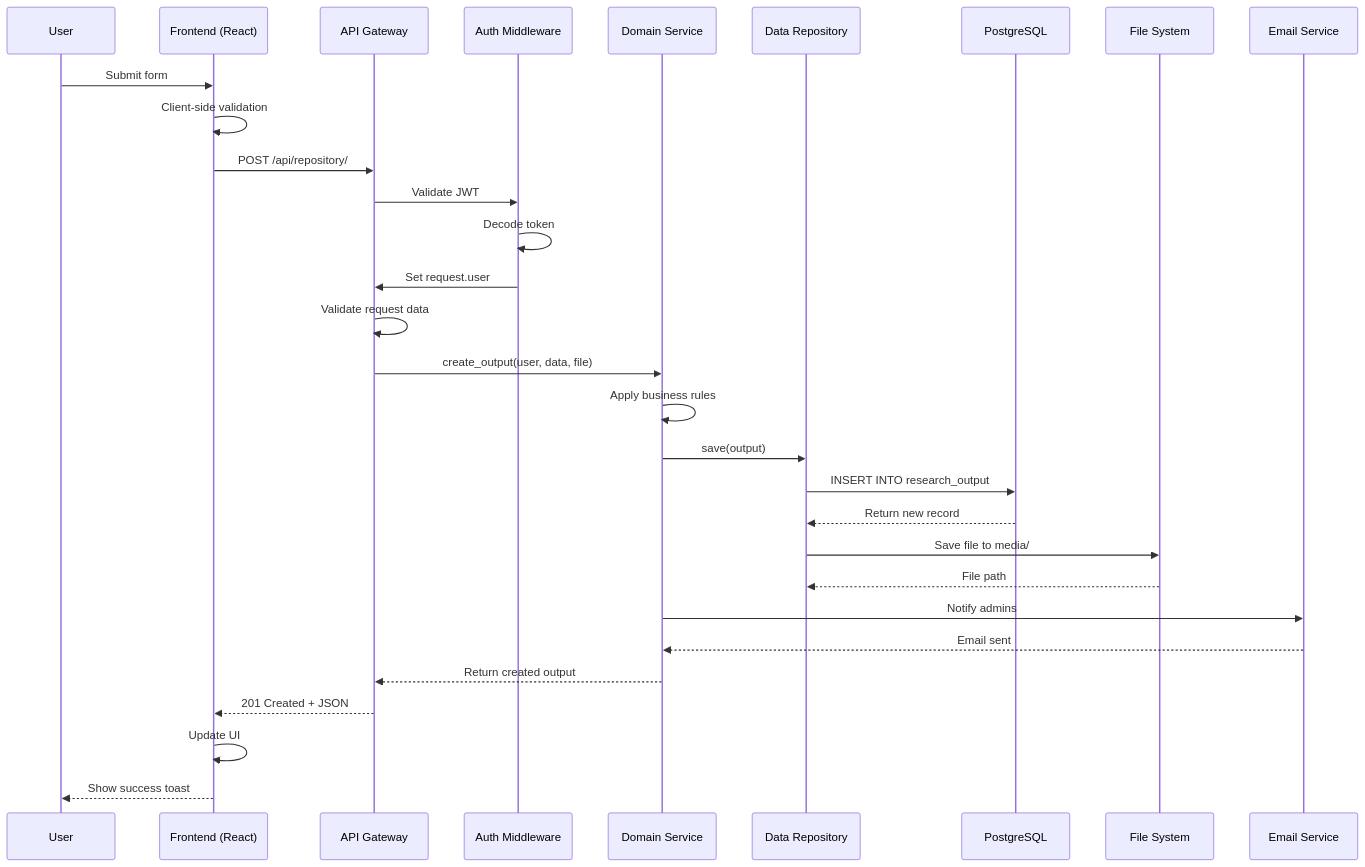
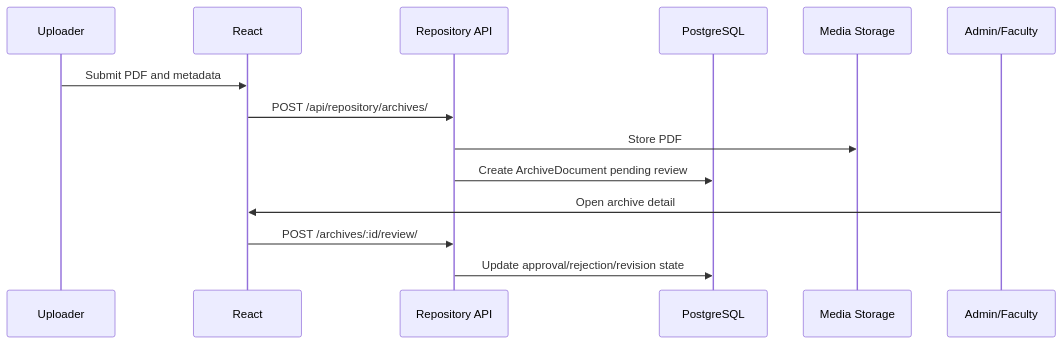
One commit to vinxe94/SaliksikLab changed the third of 4 diagrams in MULTI_LAYER_ARCHITECTURE.md. Above: the diagram before and after it, drawn with Mermaid. The commit also changed other lines of this file and 59 other files, not shown here.

````diff
--- a/MULTI_LAYER_ARCHITECTURE.md
+++ b/MULTI_LAYER_ARCHITECTURE.md
@@ -1622,33 +240,17 @@
 ```mermaid
 sequenceDiagram
-    participant U as User
-    participant FE as Frontend (React)
-    participant API as API Gateway
-    participant AUTH as Auth Middleware
-    participant SVC as Domain Service
-    participant REPO as Data Repository
+    participant U as Uploader
+    participant F as React
+    participant R as Repository API
     participant DB as PostgreSQL
-    participant FS as File System
-    participant EMAIL as Email Service
-    
-    U->>FE: Submit form
-    FE->>FE: Client-side validation
-    FE->>API: POST /api/repository/
-    API->>AUTH: Validate JWT
-    AUTH->>AUTH: Decode token
-    AUTH->>API: Set request.user
-    API->>API: Validate request data
-    API->>SVC: create_output(user, data, file)
-    SVC->>SVC: Apply business rules
-    SVC->>REPO: save(output)
-    REPO->>DB: INSERT INTO research_output
-    DB-->>REPO: Return new record
-    REPO->>FS: Save file to media/
-    FS-->>REPO: File path
-    SVC->>EMAIL: Notify admins
-    EMAIL-->>SVC: Email sent
-    SVC-->>API: Return created output
-    API-->>FE: 201 Created + JSON
-    FE->>FE: Update UI
-    FE-->>U: Show success toast
+    participant M as Media Storage
+    participant A as Admin/Faculty
+
+    U->>F: Submit PDF and metadata
+    F->>R: POST /api/repository/archives/
+    R->>M: Store PDF
+    R->>DB: Create ArchiveDocument pending review
+    A->>F: Open archive detail
+    F->>R: POST /archives/:id/review/
+    R->>DB: Update approval/rejection/revision state
 ```
````
